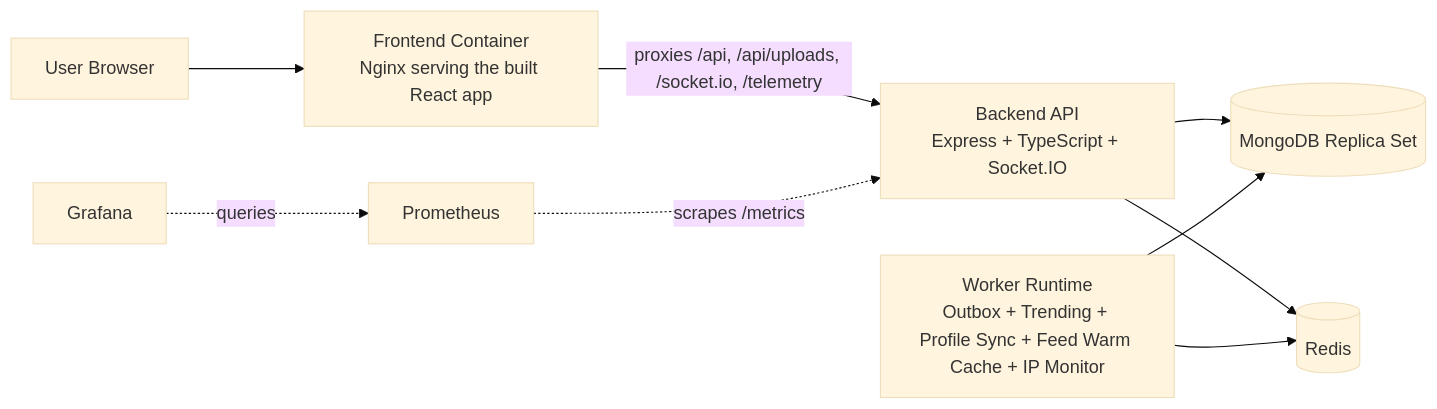
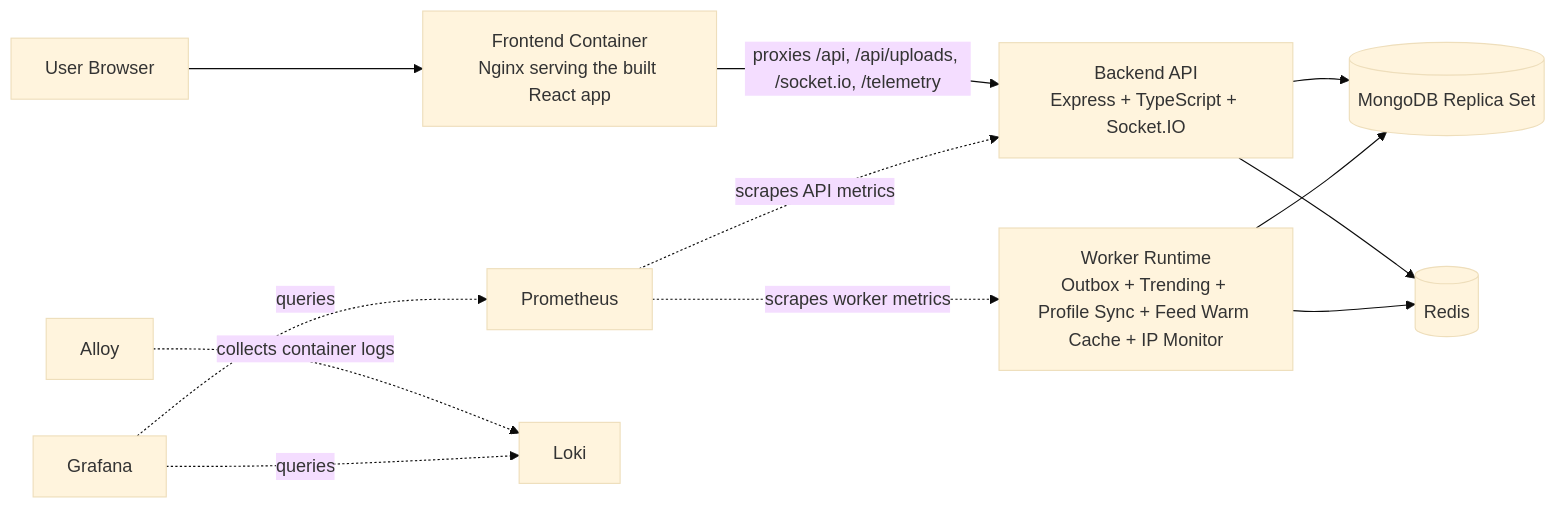
Before and after one commit to danzin/image-app: the first of 2 diagrams in README.md, drawn with Mermaid (base theme). The commit also changed other lines of this file and 138 other files, not shown here.

````diff
--- a/README.md
+++ b/README.md
@@ -39,11 +46,14 @@
 ```mermaid
 flowchart LR
   U[User Browser] --> F[Frontend Container\nNginx serving the built React app]
   F -->|proxies /api, /api/uploads, /socket.io, /telemetry| B[Backend API\nExpress + TypeScript + Socket.IO]
   B --> M[(MongoDB Replica Set)]
   B --> R[(Redis)]
   W[Worker Runtime\nOutbox + Trending + Profile Sync + Feed Warm Cache + IP Monitor] --> M
   W --> R
-  P[Prometheus] -. scrapes /metrics .-> B
+  P[Prometheus] -. scrapes API metrics .-> B
+  P -. scrapes worker metrics .-> W
+  A[Alloy] -. collects container logs .-> L[Loki]
   G[Grafana] -. queries .-> P
+  G -. queries .-> L
 ```
````
